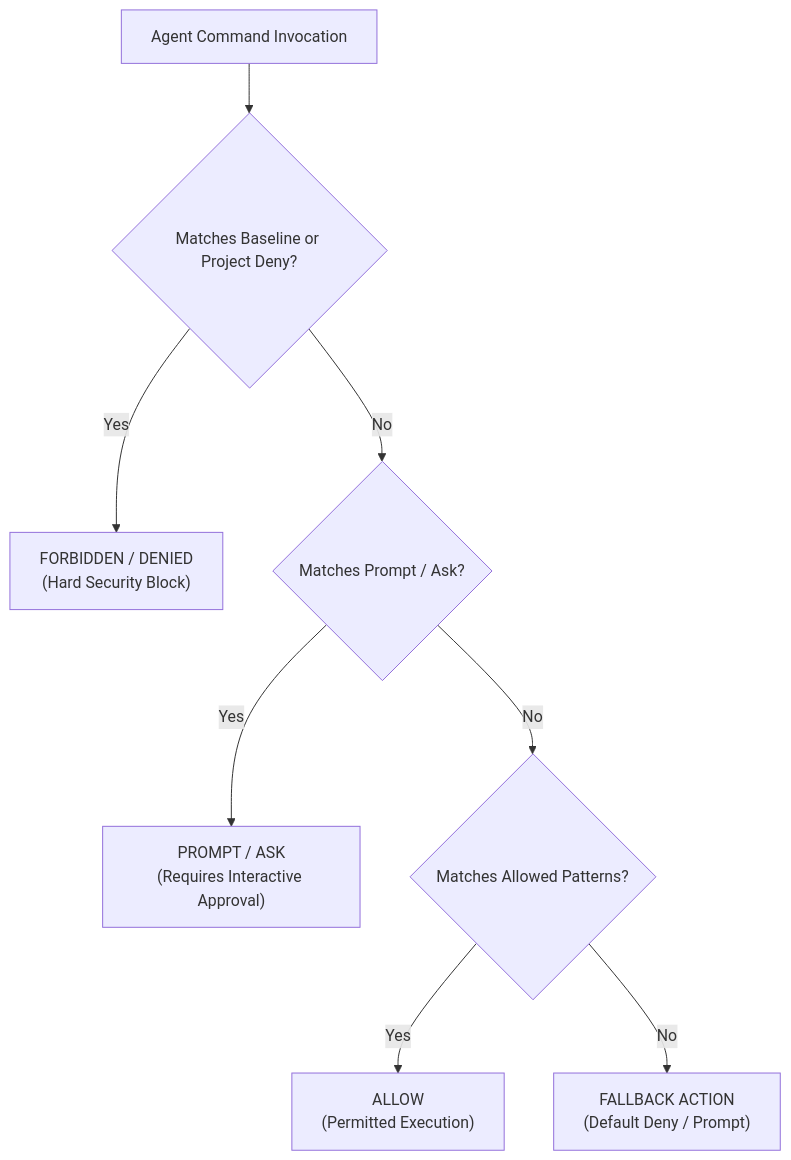
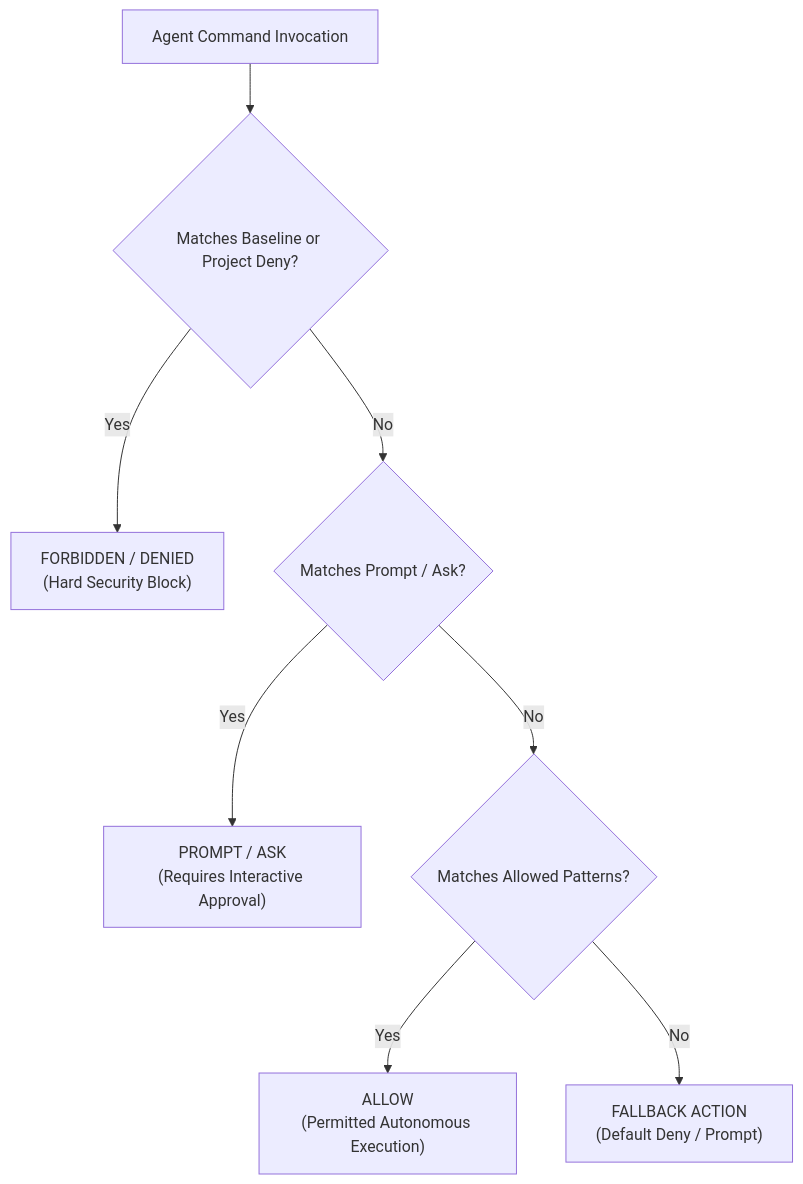
Before and after one commit to klcd/agent-cli-permissions: the second of 2 diagrams in README.md, drawn with Mermaid. The commit also changed other lines of this file and 14 other files, not shown here.

Commit message:
refactor: rename scripts to src and document problem, two-tier architecture, and security model in README

````diff
--- a/README.md
+++ b/README.md
@@ -42,10 +79,10 @@
 ```mermaid
 flowchart TD
     Command["Agent Command Invocation"] --> CheckDeny{"Matches Baseline or Project Deny?"}
     CheckDeny -- "Yes" --> Denied["FORBIDDEN / DENIED\n(Hard Security Block)"]
     CheckDeny -- "No" --> CheckPrompt{"Matches Prompt / Ask?"}
     CheckPrompt -- "Yes" --> Prompt["PROMPT / ASK\n(Requires Interactive Approval)"]
     CheckPrompt -- "No" --> CheckAllow{"Matches Allowed Patterns?"}
-    CheckAllow -- "Yes" --> Allowed["ALLOW\n(Permitted Execution)"]
+    CheckAllow -- "Yes" --> Allowed["ALLOW\n(Permitted Autonomous Execution)"]
     CheckAllow -- "No" --> Fallback["FALLBACK ACTION\n(Default Deny / Prompt)"]
 ```
````
